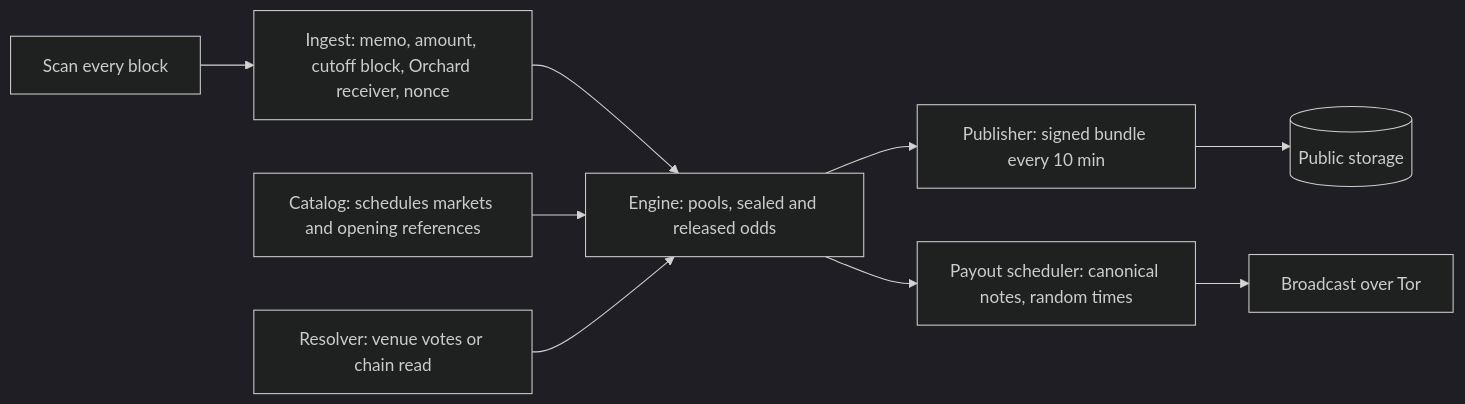
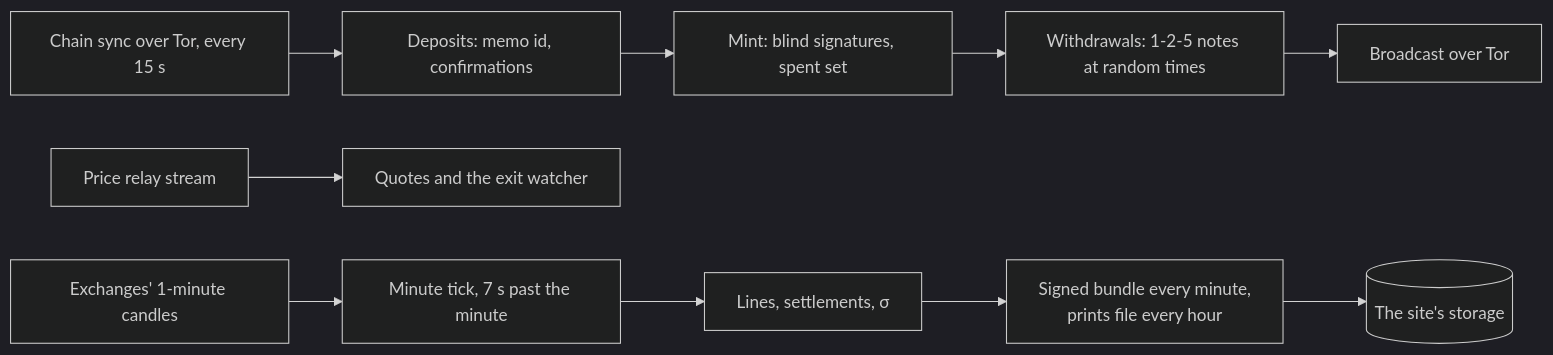
Before and after one commit to Blockchain-Oracle/kakure: the second of 4 diagrams in apps/docs/content/docs/system-maps.mdx, drawn with Mermaid (dark theme). The commit also changed other lines of this file and 15 other files, not shown here.

````diff
--- a/apps/docs/content/docs/system-maps.mdx
+++ b/apps/docs/content/docs/system-maps.mdx
@@ -33,11 +35,12 @@
 ```mermaid
 flowchart LR
-  scan[Scan every block] --> ingest[Ingest: memo, amount, cutoff block, Orchard receiver, nonce]
-  ingest --> engine[Engine: pools, sealed and released odds]
-  catalog[Catalog: schedules markets and opening references] --> engine
-  engine --> publish[Publisher: signed bundle every 10 min]
-  publish --> r2[(Public storage)]
-  resolver[Resolver: venue votes or chain read] --> engine
-  engine --> payouts[Payout scheduler: canonical notes, random times]
+  sync[Chain sync over Tor, every 15 s] --> deposits[Deposits: memo id, confirmations]
+  deposits --> mint[Mint: blind signatures, spent set]
+  stream[Price relay stream] --> quotes[Quotes and the exit watcher]
+  venues[Exchanges' 1-minute candles] --> minute[Minute tick, 7 s past the minute]
+  minute --> settle[Lines, settlements, σ]
+  settle --> publish[Signed bundle every minute,<br/>prints file every hour]
+  publish --> host[(The site's storage)]
+  mint --> payouts[Withdrawals: 1-2-5 notes at random times]
   payouts --> tor[Broadcast over Tor]
 ```
````
